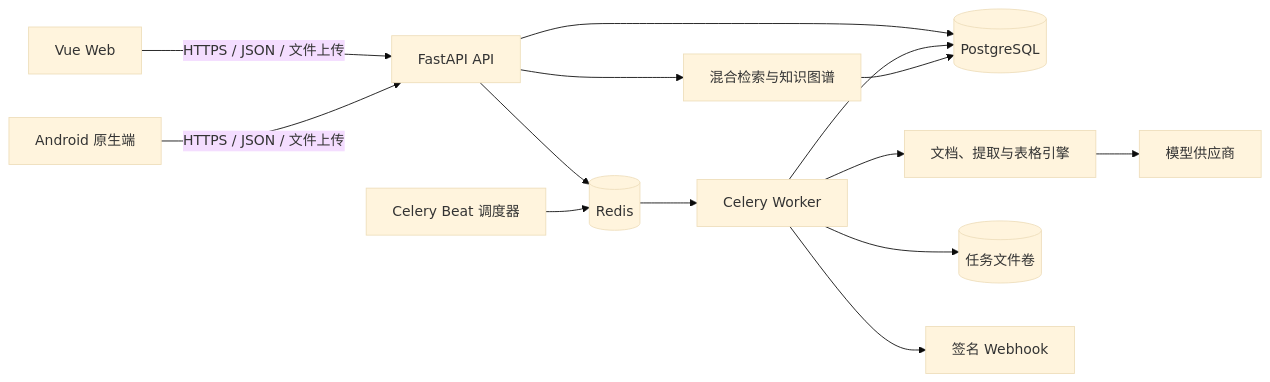
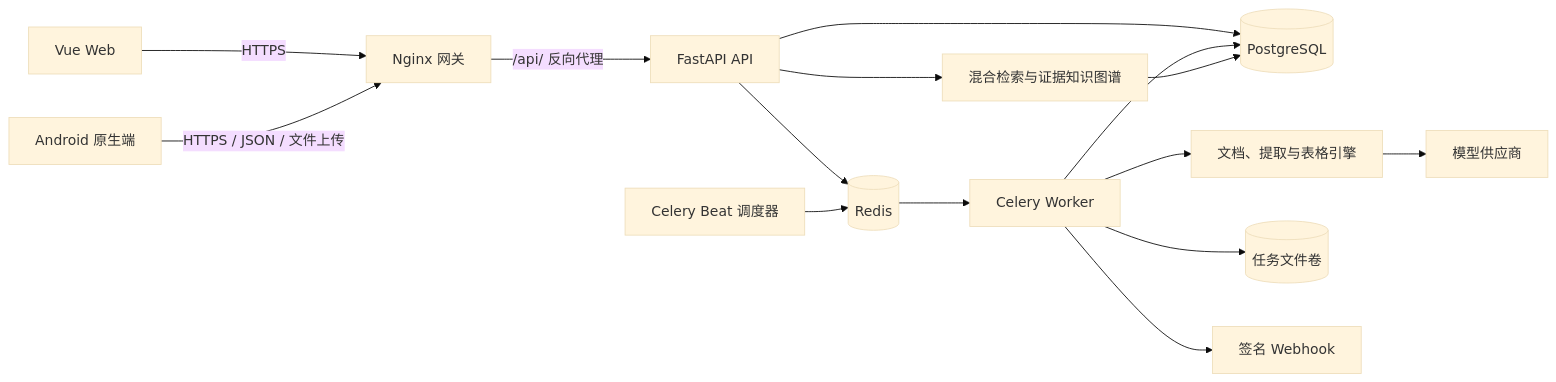
Before and after one commit to Taylor-Lai/QuintAI: the diagram in docs/architecture/overview.md, drawn with Mermaid (base theme). The commit also changed other lines of this file and 83 other files, not shown here.

````diff
--- a/docs/architecture/overview.md
+++ b/docs/architecture/overview.md
@@ -5,16 +5,17 @@
 ```mermaid
 flowchart LR
-    Web["Vue Web"] -->|"HTTPS / JSON / 文件上传"| API["FastAPI API"]
-    Android["Android 原生端"] -->|"HTTPS / JSON / 文件上传"| API
+    Web["Vue Web"] -->|"HTTPS"| Gateway["Nginx 网关"]
+    Android["Android 原生端"] -->|"HTTPS / JSON / 文件上传"| Gateway
+    Gateway -->|"/api/ 反向代理"| API["FastAPI API"]
     API --> PG[("PostgreSQL")]
     API --> Redis[("Redis")]
     Redis --> Worker["Celery Worker"]
     Scheduler["Celery Beat 调度器"] --> Redis
     Worker --> Engine["文档、提取与表格引擎"]
     Worker --> PG
     Worker --> Files[("任务文件卷")]
     Worker --> Webhook["签名 Webhook"]
     Engine --> LLM["模型供应商"]
-    API --> Knowledge["混合检索与知识图谱"]
+    API --> Knowledge["混合检索与证据知识图谱"]
     Knowledge --> PG
 ```
````
